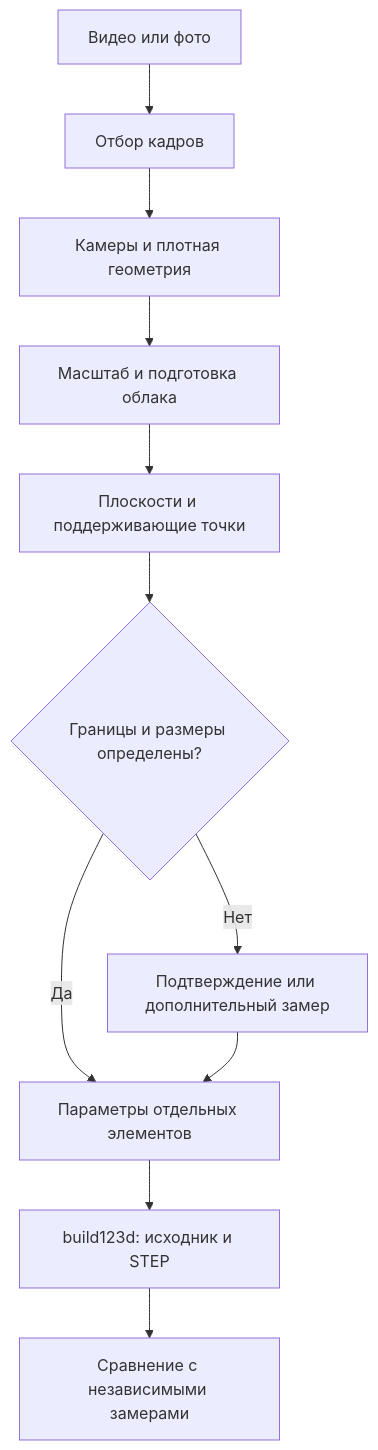
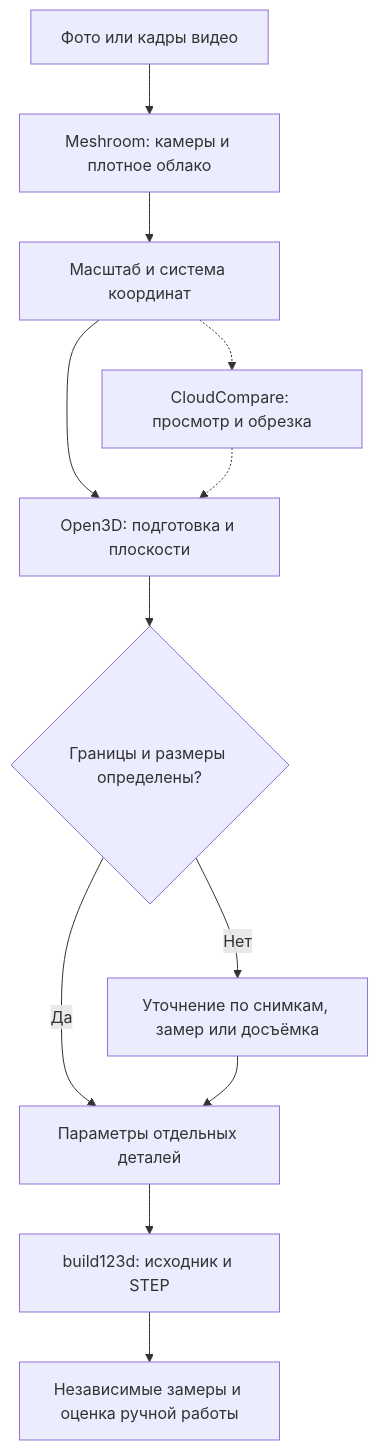
The diagram in docs/pipeline.md (Kwentin3/photogrammetry-to-cad), drawn with Mermaid before and after one commit. The commit also changed other lines of this file and 11 other files, not shown here.

````diff
--- a/docs/pipeline.md
+++ b/docs/pipeline.md
@@ -5,13 +5,14 @@
 ```mermaid
 flowchart TD
-    A["Видео или фото"] --> B["Отбор кадров"]
-    B --> C["Камеры и плотная геометрия"]
-    C --> D["Масштаб и подготовка облака"]
-    D --> E["Плоскости и поддерживающие точки"]
-    E --> F{"Границы и размеры определены?"}
-    F -->|Да| G["Параметры отдельных элементов"]
-    F -->|Нет| H["Подтверждение или дополнительный замер"]
-    H --> G
-    G --> I["build123d: исходник и STEP"]
-    I --> J["Сравнение с независимыми замерами"]
+    A["Фото или кадры видео"] --> B["Meshroom: камеры и плотное облако"]
+    B --> C["Масштаб и система координат"]
+    C --> D["Open3D: подготовка и плоскости"]
+    C -.-> V["CloudCompare: просмотр и обрезка"]
+    V -.-> D
+    D --> E{"Границы и размеры определены?"}
+    E -->|Да| F["Параметры отдельных деталей"]
+    E -->|Нет| H["Уточнение по снимкам, замер или досъёмка"]
+    H --> F
+    F --> G["build123d: исходник и STEP"]
+    G --> I["Независимые замеры и оценка ручной работы"]
 ```
````
